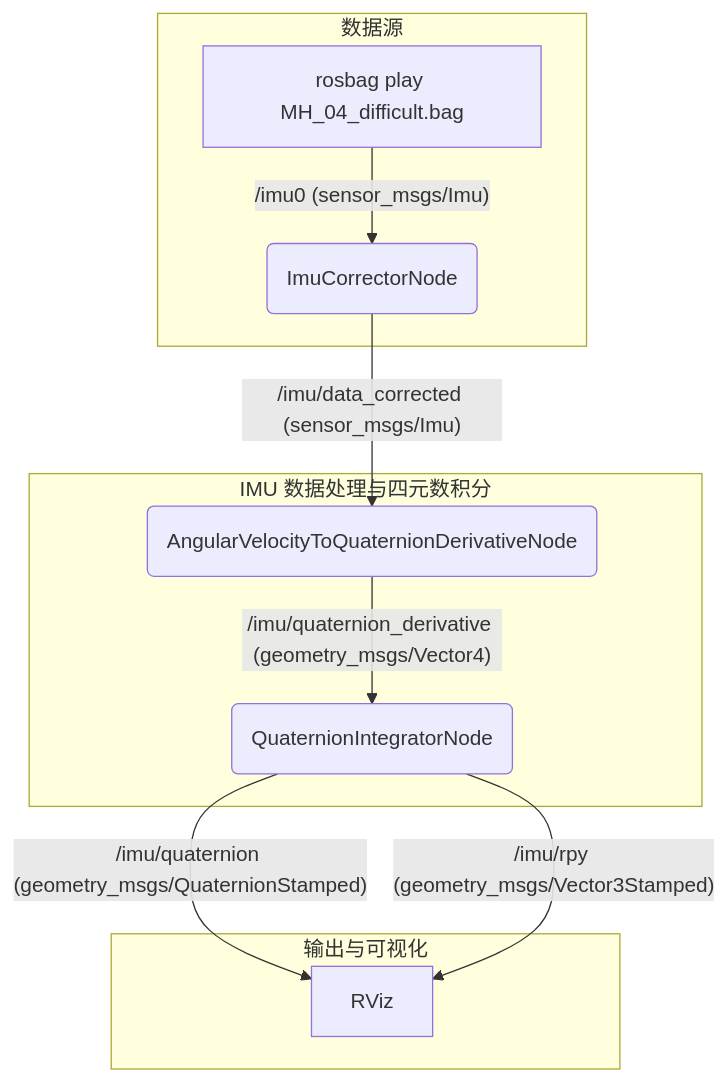
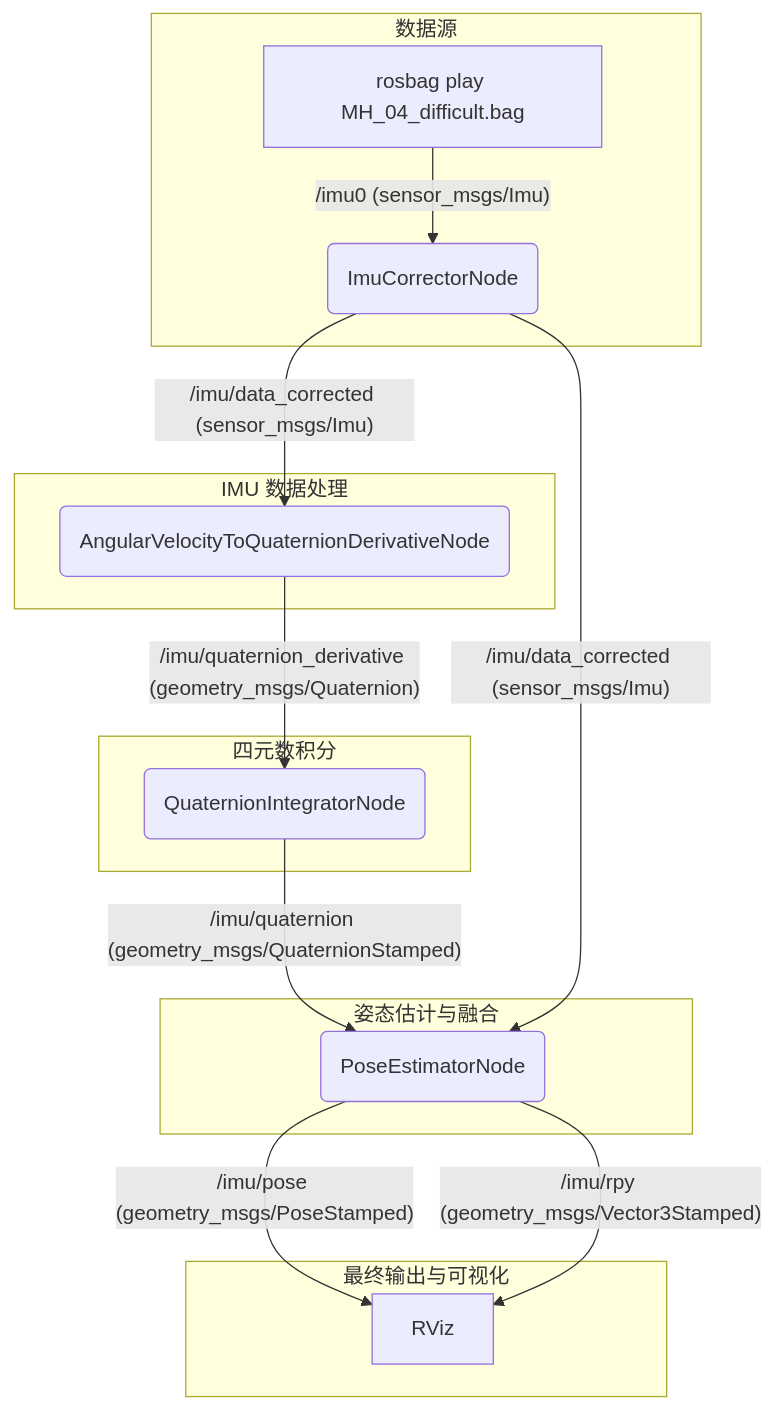
One commit to InertialSensingAndAdvancedNavigationLab/QuaternionIntegratorVisualization changed the diagram in README.md. Above: the diagram before and after it, drawn with Mermaid. The commit also changed other lines of this file, not shown here.

Commit message:
更新README.md以反映新的姿态估计节点架构

````diff
--- a/README.md
+++ b/README.md
@@ -13,16 +13,24 @@
 ```mermaid
 graph TD
     subgraph "数据源"
         A[rosbag play MH_04_difficult.bag] -- "/imu0 (sensor_msgs/Imu)" --> B(ImuCorrectorNode);
     end
 
-    subgraph "IMU 数据处理与四元数积分"
+    subgraph "IMU 数据处理"
         B -- "/imu/data_corrected (sensor_msgs/Imu)" --> C(AngularVelocityToQuaternionDerivativeNode);
-        C -- "/imu/quaternion_derivative (geometry_msgs/Vector4)" --> D(QuaternionIntegratorNode);
     end
 
-    subgraph "输出与可视化"
-        D -- "/imu/quaternion (geometry_msgs/QuaternionStamped)" --> E[RViz];
-        D -- "/imu/rpy (geometry_msgs/Vector3Stamped)" --> E;
+    subgraph "四元数积分"
+        C -- "/imu/quaternion_derivative (geometry_msgs/Quaternion)" --> D(QuaternionIntegratorNode);
+    end
+
+    subgraph "姿态估计与融合"
+        D -- "/imu/quaternion (geometry_msgs/QuaternionStamped)" --> F(PoseEstimatorNode);
+        B -- "/imu/data_corrected (sensor_msgs/Imu)" --> F;
+    end
+
+    subgraph "最终输出与可视化"
+        F -- "/imu/pose (geometry_msgs/PoseStamped)" --> E[RViz];
+        F -- "/imu/rpy (geometry_msgs/Vector3Stamped)" --> E;
     end
 ```
````
